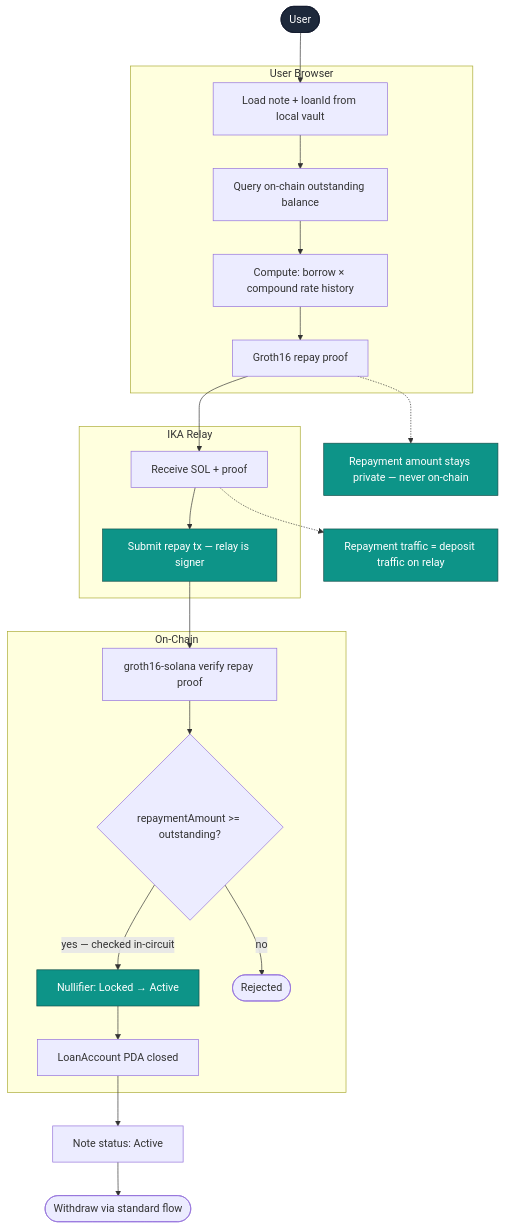
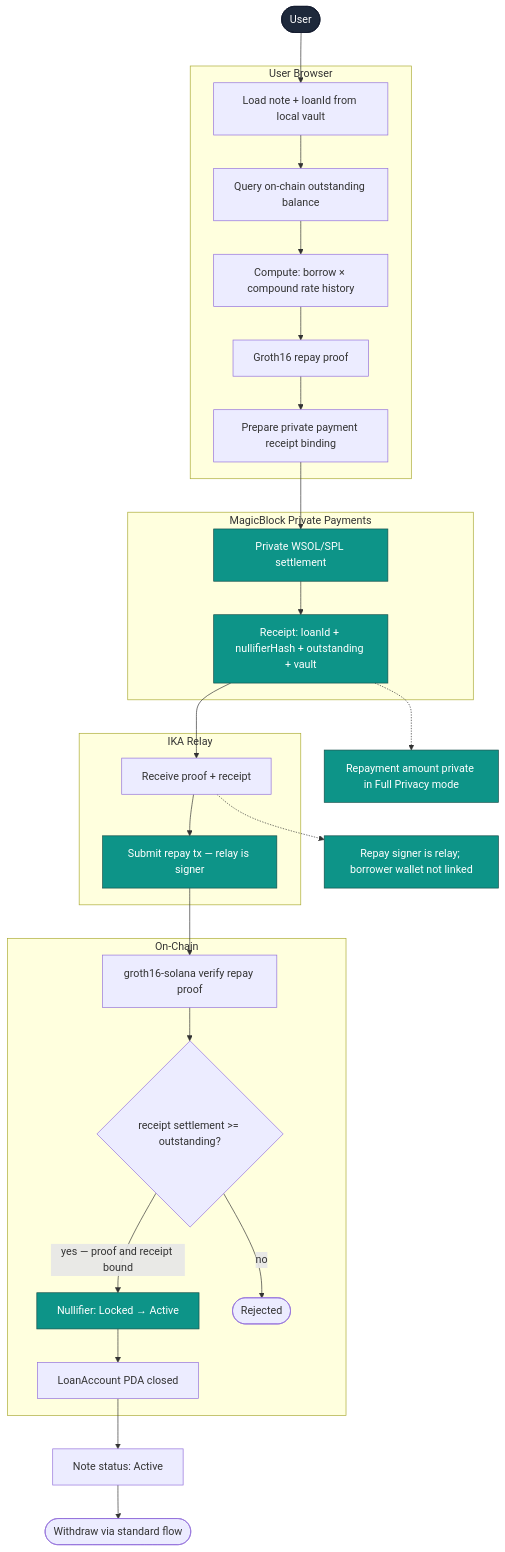
One commit to cryptosingheth/shieldlend changed the seventh of 7 diagrams in README.md. Above: the diagram before and after it, drawn with Mermaid. The commit also changed other lines of this file and 23 other files, not shown here.

Commit message:
docs: align privacy architecture implementation plan

````diff
--- a/README.md
+++ b/README.md
@@ -375,42 +382,50 @@
 ```mermaid
 flowchart TD
     classDef privacy fill:#0d9488,stroke:#134e4a,color:#fff
     classDef actor fill:#1e293b,stroke:#0f172a,color:#fff
 
     subgraph Browser[User Browser]
         B1[Load note + loanId from local vault]
         B2[Query on-chain outstanding balance]
         B3[Compute: borrow × compound rate history]
         B4[Groth16 repay proof]
-        B1 --> B2 --> B3 --> B4
+        B5[Prepare private payment receipt binding]
+        B1 --> B2 --> B3 --> B4 --> B5
+    end
+
+    subgraph PaySG[MagicBlock Private Payments]
+        P1[Private WSOL/SPL settlement]:::privacy
+        P2[Receipt: loanId + nullifierHash + outstanding + vault]:::privacy
+        P1 --> P2
     end
 
     subgraph RelaySG[IKA Relay]
-        R1[Receive SOL + proof]
+        R1[Receive proof + receipt]
         R2[Submit repay tx — relay is signer]:::privacy
         R1 --> R2
     end
 
     subgraph Chain[On-Chain]
         C1[groth16-solana verify repay proof]
-        C2{repaymentAmount >= outstanding?}
+        C2{receipt settlement >= outstanding?}
         C3[Nullifier: Locked → Active]:::privacy
         C4[LoanAccount PDA closed]
         C1 --> C2
-        C2 -->|yes — checked in-circuit| C3 --> C4
+        C2 -->|yes — proof and receipt bound| C3 --> C4
         C2 -->|no| Rej([Rejected])
     end
 
     U([User]):::actor
     U --> B1
-    B4 --> R1
+    B5 --> P1
+    P2 --> R1
     R2 --> C1
     C4 --> Free[Note status: Active]
     Free --> Next([Withdraw via standard flow])
 
-    AmtPr[Repayment amount stays private — never on-chain]:::privacy
-    B4 -.-> AmtPr
+    AmtPr[Repayment amount private in Full Privacy mode]:::privacy
+    P2 -.-> AmtPr
 
-    TxPr[Repayment traffic = deposit traffic on relay]:::privacy
+    TxPr[Repay signer is relay; borrower wallet not linked]:::privacy
     R1 -.-> TxPr
 ```
````
